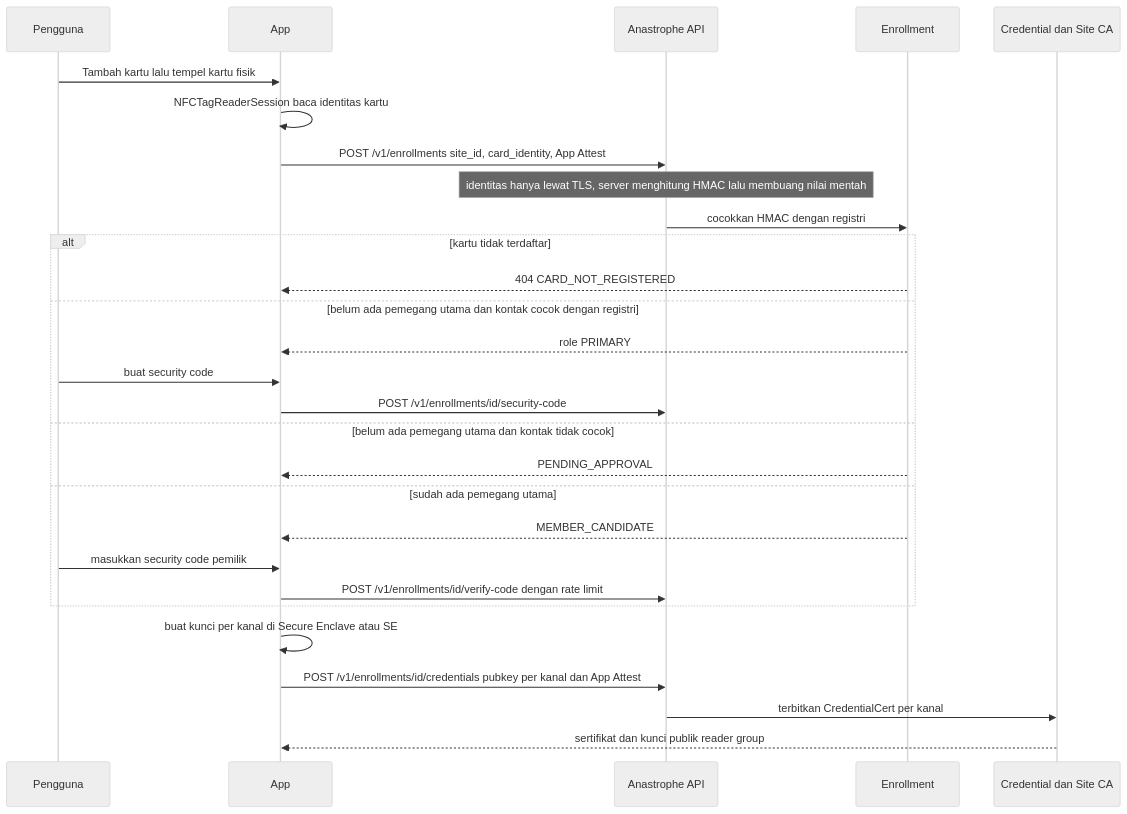
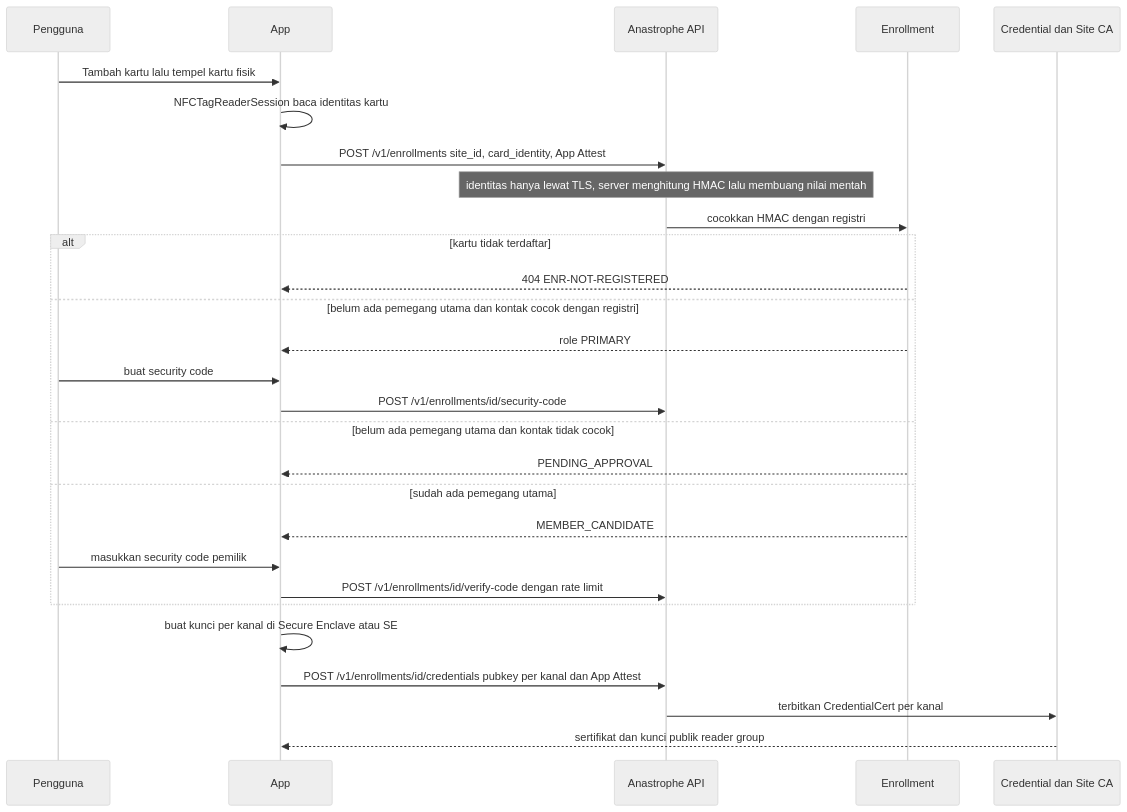
Before and after one commit to imransetiadi/anastrophe: the eighth of 8 diagrams in docs/SDD.md, drawn with Mermaid (neutral theme). The commit also changed other lines of this file and 13 other files, not shown here.

````diff
--- a/docs/SDD.md
+++ b/docs/SDD.md
@@ -614,30 +615,30 @@
 ```mermaid
 sequenceDiagram
   participant U as Pengguna
   participant A as App
   participant API as Anastrophe API
   participant E as Enrollment
   participant C as Credential dan Site CA
   U->>A: Tambah kartu lalu tempel kartu fisik
   A->>A: NFCTagReaderSession baca identitas kartu
   A->>API: POST /v1/enrollments site_id, card_identity, App Attest
   Note over API: identitas hanya lewat TLS, server menghitung HMAC lalu membuang nilai mentah
   API->>E: cocokkan HMAC dengan registri
   alt kartu tidak terdaftar
-    E-->>A: 404 CARD_NOT_REGISTERED
+    E-->>A: 404 ENR-NOT-REGISTERED
   else belum ada pemegang utama dan kontak cocok dengan registri
     E-->>A: role PRIMARY
     U->>A: buat security code
     A->>API: POST /v1/enrollments/id/security-code
   else belum ada pemegang utama dan kontak tidak cocok
     E-->>A: PENDING_APPROVAL
   else sudah ada pemegang utama
     E-->>A: MEMBER_CANDIDATE
     U->>A: masukkan security code pemilik
     A->>API: POST /v1/enrollments/id/verify-code dengan rate limit
   end
   A->>A: buat kunci per kanal di Secure Enclave atau SE
   A->>API: POST /v1/enrollments/id/credentials pubkey per kanal dan App Attest
   API->>C: terbitkan CredentialCert per kanal
   C-->>A: sertifikat dan kunci publik reader group
 ```
````
